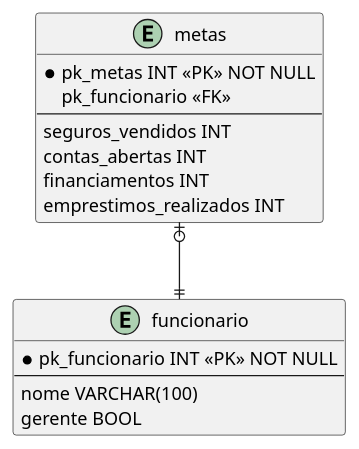
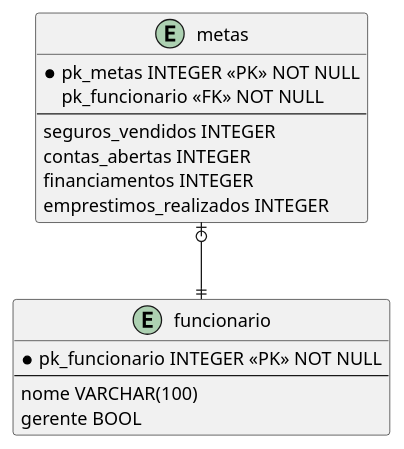
The diagram in modelagem/entregavel2/metasInstituicaoFinanceira/instituicaoFinanceira.wsd (galaticghost/NovaGuieqKlarrind), drawn with PlantUML before and after one commit. The commit also changed 35 other files, not shown here.

```diff
--- a/modelagem/entregavel2/metasInstituicaoFinanceira/instituicaoFinanceira.wsd
+++ b/modelagem/entregavel2/metasInstituicaoFinanceira/instituicaoFinanceira.wsd
@@ -1,22 +1,22 @@
 @startuml Instituição Financeira
 
 entity metas{
-    *pk_metas INT <<PK>> NOT NULL
-    pk_funcionario <<FK>>
+    *pk_metas INTEGER <<PK>> NOT NULL
+    pk_funcionario <<FK>> NOT NULL
     --
-    seguros_vendidos INT
-    contas_abertas INT
-    financiamentos INT
-    emprestimos_realizados INT
+    seguros_vendidos INTEGER
+    contas_abertas INTEGER
+    financiamentos INTEGER
+    emprestimos_realizados INTEGER
 }
 
 entity funcionario{
-    *pk_funcionario INT <<PK>> NOT NULL
+    *pk_funcionario INTEGER <<PK>> NOT NULL
     --
     nome VARCHAR(100)
     gerente BOOL
 }
 
 metas |o--|| funcionario
 
 @enduml
```
